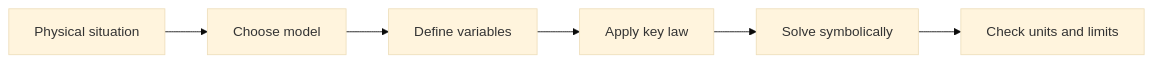
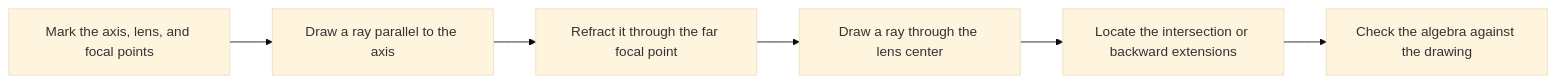
Before and after one commit to justinbrianhwang/SJ-wiki: the diagram in docs/physics/general/geometric-optics-reflection-and-refraction.md, drawn with Mermaid (base theme). The commit also changed other lines of this file and 955 other files, not shown here.

````diff
--- a/docs/physics/general/geometric-optics-reflection-and-refraction.md
+++ b/docs/physics/general/geometric-optics-reflection-and-refraction.md
@@ -50,8 +181,8 @@
 ```mermaid
 graph LR
-  A[Physical situation] --> B[Choose model]
-  B --> C[Define variables]
-  C --> D[Apply key law]
-  D --> E[Solve symbolically]
-  E --> F[Check units and limits]
+  A["Mark the axis, lens, and focal points"] --> B["Draw a ray parallel to the axis"]
+  B --> C["Refract it through the far focal point"]
+  C --> D["Draw a ray through the lens center"]
+  D --> E["Locate the intersection or backward extensions"]
+  E --> F["Check the algebra against the drawing"]
 ```
````
